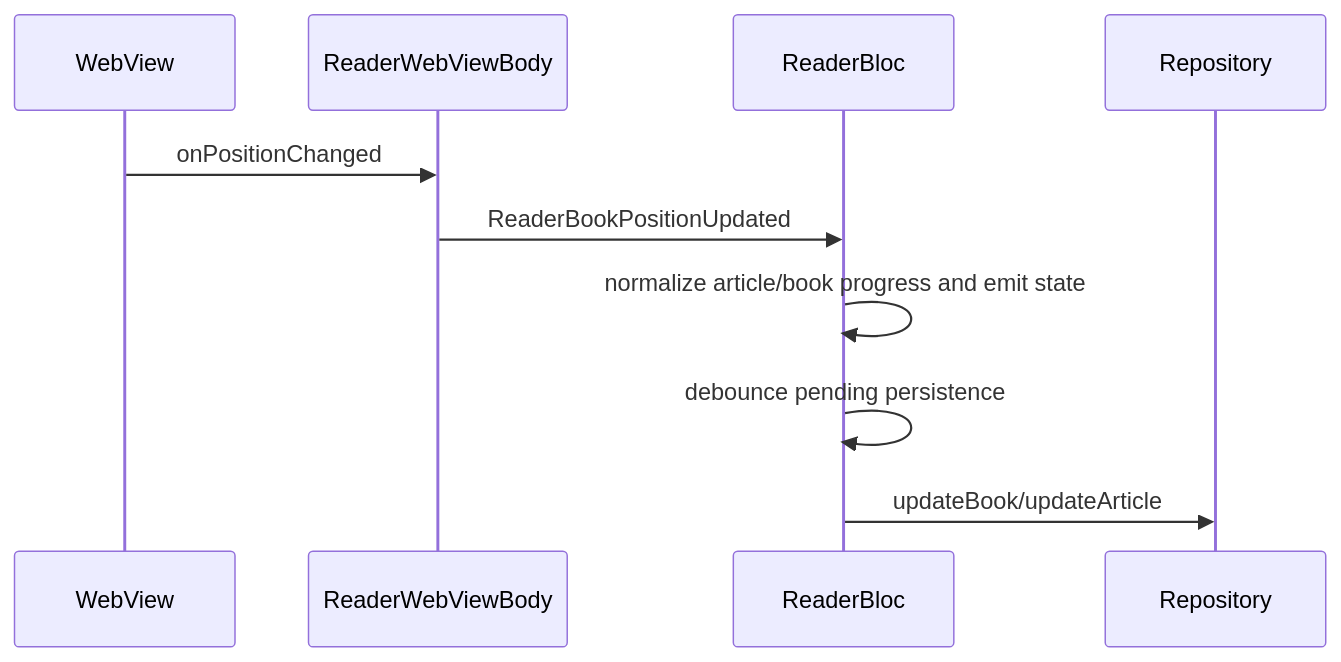
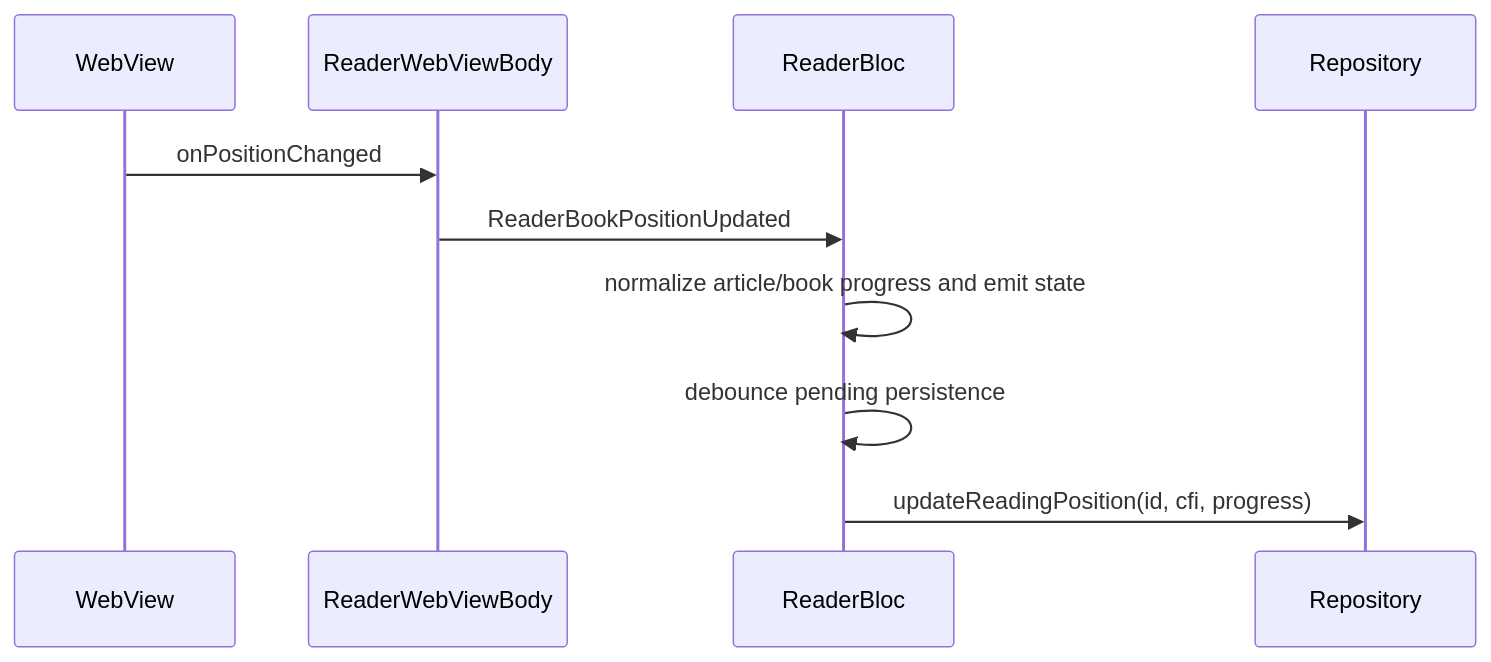
One commit to abra/readflex changed the eighth of 8 diagrams in C4_MODEL.md. Above: the diagram before and after it, drawn with Mermaid. The commit also changed other lines of this file and 57 other files, not shown here.

````diff
--- a/C4_MODEL.md
+++ b/C4_MODEL.md
@@ -242,13 +247,13 @@
 ```mermaid
 sequenceDiagram
   participant WebView
   participant ReaderWebViewBody
   participant ReaderBloc
   participant Repository
 
   WebView->>ReaderWebViewBody: onPositionChanged
   ReaderWebViewBody->>ReaderBloc: ReaderBookPositionUpdated
   ReaderBloc->>ReaderBloc: normalize article/book progress and emit state
   ReaderBloc->>ReaderBloc: debounce pending persistence
-  ReaderBloc->>Repository: updateBook/updateArticle
+  ReaderBloc->>Repository: updateReadingPosition(id, cfi, progress)
 ```
````
